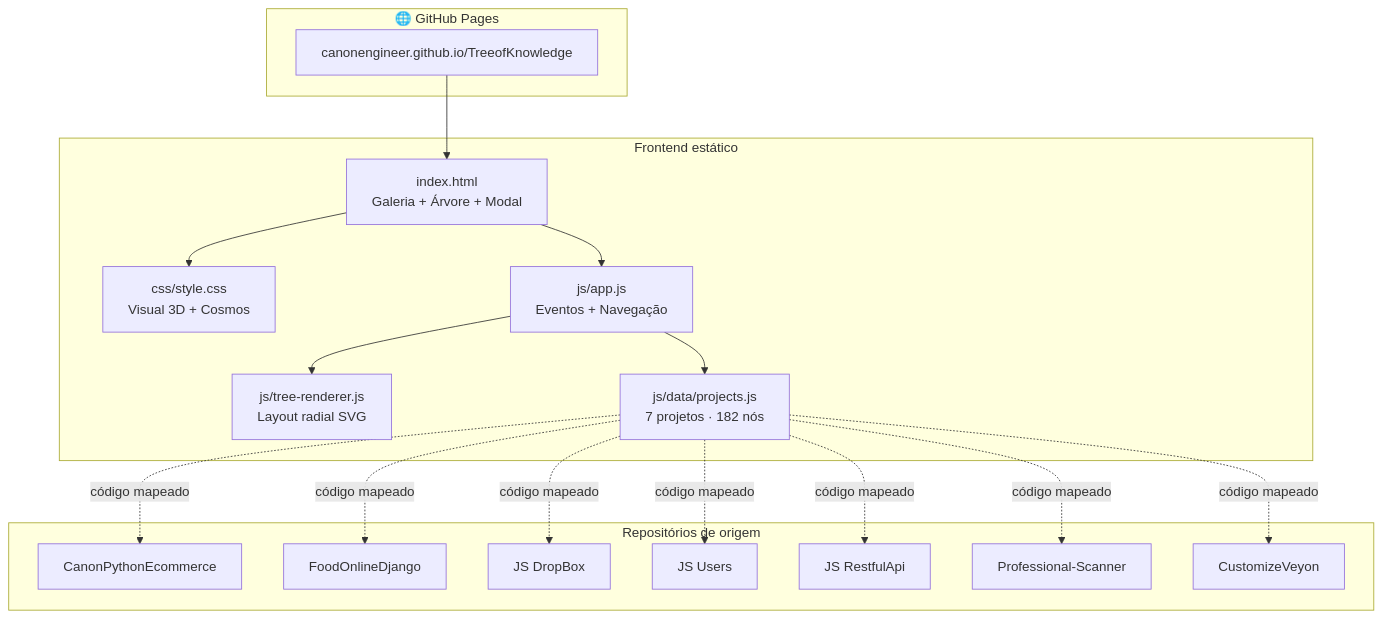
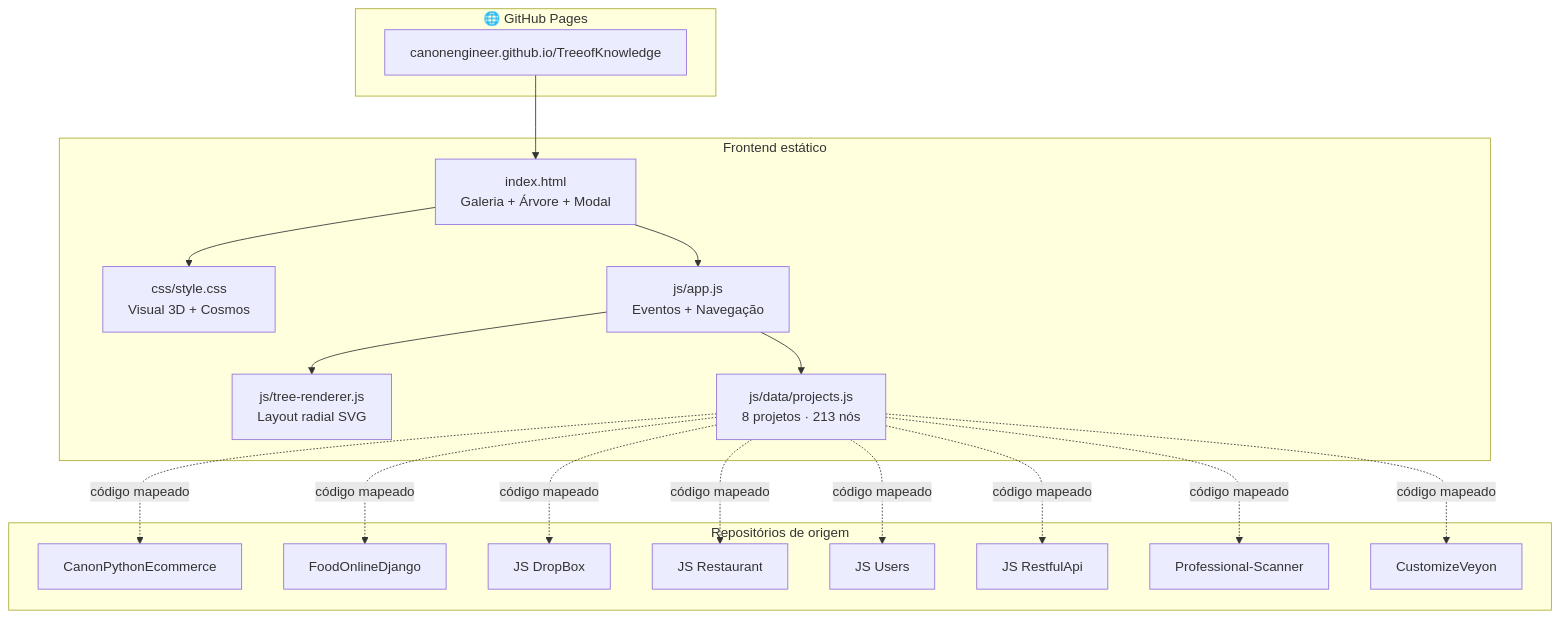
The first of 5 diagrams in README.md (CanonEngineer/TreeofKnowledge), drawn with Mermaid before and after one commit. The commit also changed other lines of this file and 7 other files, not shown here.

````diff
--- a/README.md
+++ b/README.md
@@ -122,37 +123,39 @@
 ```mermaid
 flowchart TB
     subgraph PAGES["🌐 GitHub Pages"]
         URL["canonengineer.github.io/TreeofKnowledge"]
     end
 
     subgraph FRONT["Frontend estático"]
         HTML["index.html<br/>Galeria + Árvore + Modal"]
         CSS["css/style.css<br/>Visual 3D + Cosmos"]
         APP["js/app.js<br/>Eventos + Navegação"]
         RENDER["js/tree-renderer.js<br/>Layout radial SVG"]
-        DATA["js/data/projects.js<br/>7 projetos · 182 nós"]
+        DATA["js/data/projects.js<br/>8 projetos · 213 nós"]
     end
 
     subgraph PROJ["Repositórios de origem"]
         P1["CanonPythonEcommerce"]
         P2["FoodOnlineDjango"]
         P3["JS DropBox"]
-        P4["JS Users"]
-        P5["JS RestfulApi"]
-        P6["Professional-Scanner"]
-        P7["CustomizeVeyon"]
+        P4["JS Restaurant"]
+        P5["JS Users"]
+        P6["JS RestfulApi"]
+        P7["Professional-Scanner"]
+        P8["CustomizeVeyon"]
     end
 
     URL --> HTML
     HTML --> CSS
     HTML --> APP
     APP --> RENDER
     APP --> DATA
     DATA -.->|código mapeado| P1
     DATA -.->|código mapeado| P2
     DATA -.->|código mapeado| P3
     DATA -.->|código mapeado| P4
     DATA -.->|código mapeado| P5
     DATA -.->|código mapeado| P6
     DATA -.->|código mapeado| P7
+    DATA -.->|código mapeado| P8
 ```
````
